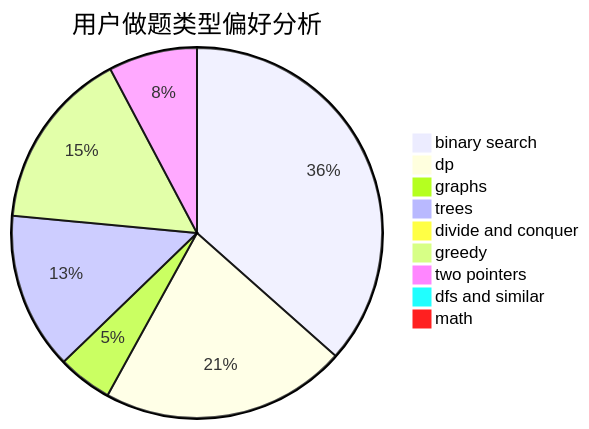
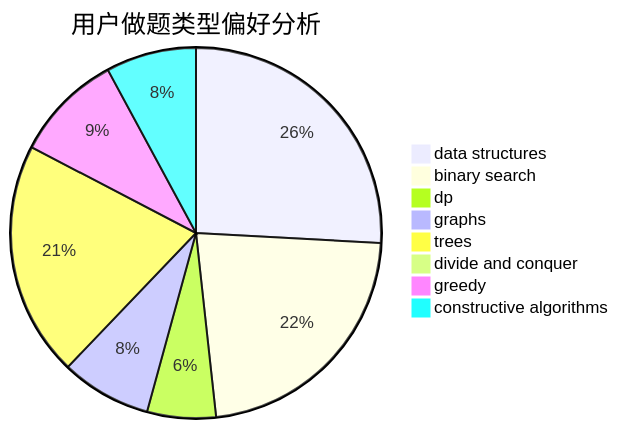
Before and after one commit to sherpahu/cfrs.github.io: the second of 3 diagrams in docs/user/u602.md, drawn with Mermaid. The commit also changed other lines of this file and 2775 other files, not shown here.

````diff
--- a/docs/user/u602.md
+++ b/docs/user/u602.md
@@ -23,12 +23,11 @@
 ```mermaid
 pie title 用户做题类型偏好分析
-    "binary search" :  269
-    "dp" :  158
-    "graphs" :  35
-    "trees" :  101
-    "divide and conquer" :  5
-    "greedy" :  116
-    "two pointers" :  57
-    "dfs and similar" :  7
-    "math" :  7
+    "data structures" :  82
+    "binary search" :  71
+    "dp" :  19
+    "graphs" :  25
+    "trees" :  65
+    "divide and conquer" :  0
+    "greedy" :  30
+    "constructive algorithms" :  25
 ```
````
